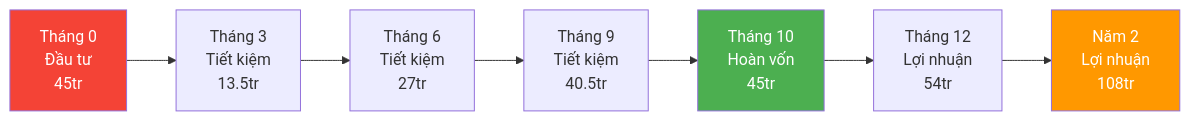
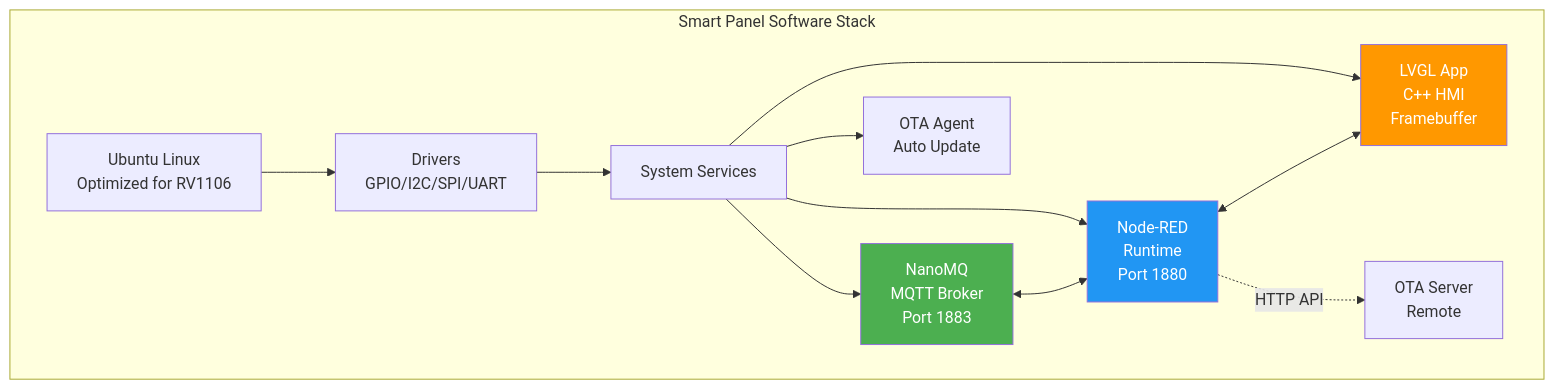
The second of 8 diagrams in slides/02-roi.md (huongvn/HLCFEOS), drawn with Mermaid before and after one commit. The commit also changed other lines of this file, not shown here.

First line of the commit message:
refactor(slide-02): replace ROI content with comprehensive tech stack overview

````diff
--- a/slides/02-roi.md
+++ b/slides/02-roi.md
@@ -44,13 +59,20 @@
 ```mermaid
-graph LR
-    A[Tháng 0<br/>Đầu tư<br/>45tr] --> B[Tháng 3<br/>Tiết kiệm<br/>13.5tr]
-    B --> C[Tháng 6<br/>Tiết kiệm<br/>27tr]
-    C --> D[Tháng 9<br/>Tiết kiệm<br/>40.5tr]
-    D --> E[Tháng 10<br/>Hoàn vốn<br/>45tr]
-    E --> F[Tháng 12<br/>Lợi nhuận<br/>54tr]
-    F --> G[Năm 2<br/>Lợi nhuận<br/>108tr]
+graph TB
+    subgraph "Smart Panel Software Stack"
+        A[Ubuntu Linux<br/>Optimized for RV1106] --> B[Drivers<br/>GPIO/I2C/SPI/UART]
+        B --> C[System Services]
+        
+        C --> D[NanoMQ<br/>MQTT Broker<br/>Port 1883]
+        C --> E[Node-RED<br/>Runtime<br/>Port 1880]
+        C --> F[LVGL App<br/>C++ HMI<br/>Framebuffer]
+        C --> G[OTA Agent<br/>Auto Update]
+        
+        D <--> E
+        E <--> F
+        E -.->|HTTP API| H[OTA Server<br/>Remote]
+    end
     
-    style A fill:#f44336,color:#fff
-    style E fill:#4CAF50,color:#fff
-    style G fill:#FF9800,color:#fff
+    style D fill:#4CAF50,color:#fff
+    style E fill:#2196F3,color:#fff
+    style F fill:#FF9800,color:#fff
 ```
````
